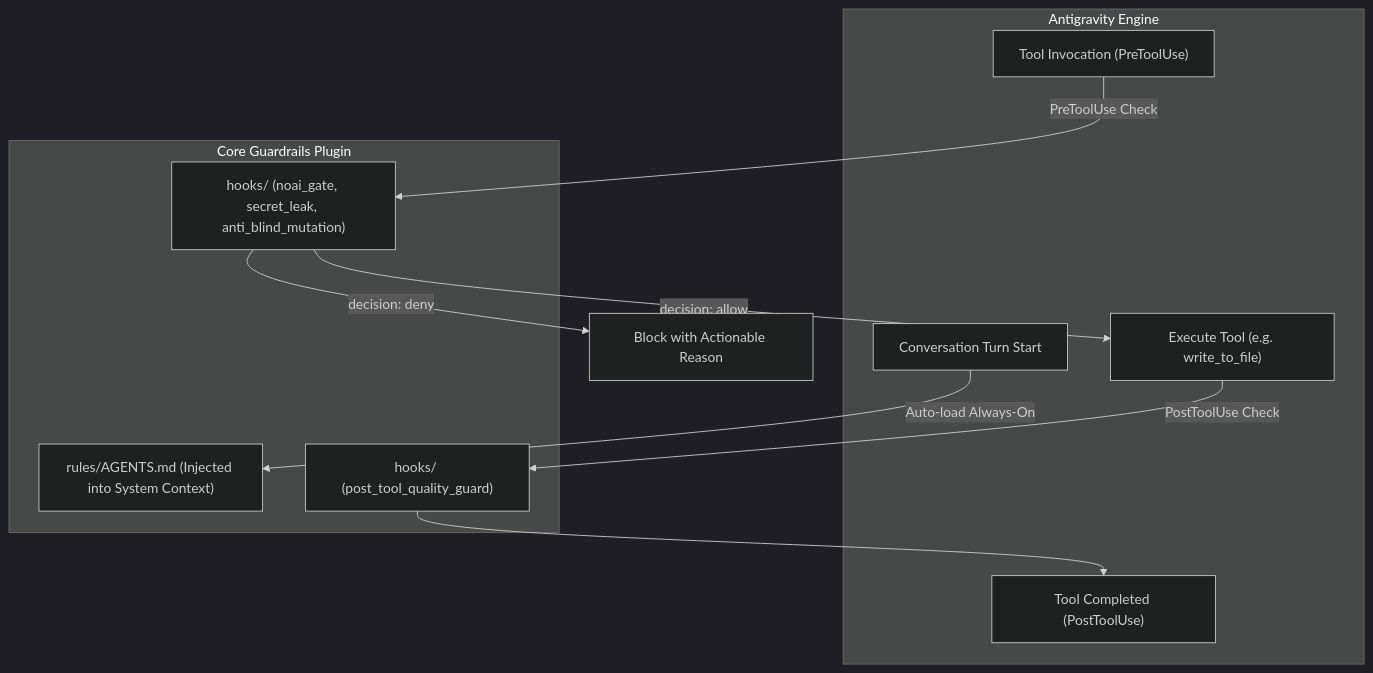
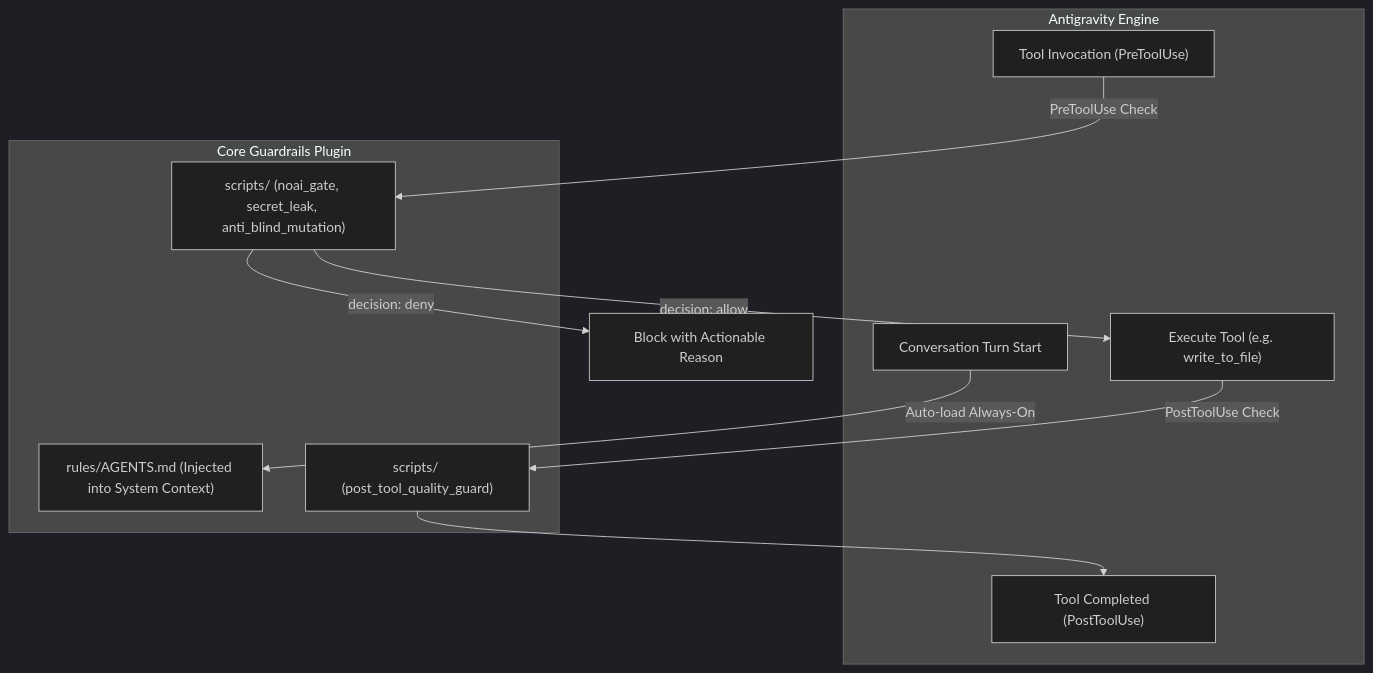
One commit to evolyob/cyberhardening-skills changed the diagram in examples/plugins/core-guardrails/README.md. Above: the diagram before and after it, drawn with Mermaid (dark theme). The commit also changed other lines of this file and 11 other files, not shown here.

````diff
--- a/examples/plugins/core-guardrails/README.md
+++ b/examples/plugins/core-guardrails/README.md
@@ -11,22 +11,22 @@
 ```mermaid
 graph TD
     subgraph Antigravity Engine
         TurnStart["Conversation Turn Start"]
         ToolCall["Tool Invocation (PreToolUse)"]
         ToolExec["Execute Tool (e.g. write_to_file)"]
         ToolDone["Tool Completed (PostToolUse)"]
     end
 
     subgraph Core Guardrails Plugin
         AgentsRule["rules/AGENTS.md (Injected into System Context)"]
-        PreHook["hooks/ (noai_gate, secret_leak, anti_blind_mutation)"]
-        PostHook["hooks/ (post_tool_quality_guard)"]
+        PreHook["scripts/ (noai_gate, secret_leak, anti_blind_mutation)"]
+        PostHook["scripts/ (post_tool_quality_guard)"]
     end
 
     TurnStart -->|Auto-load Always-On| AgentsRule
     ToolCall -->|PreToolUse Check| PreHook
     PreHook -->|decision: allow| ToolExec
     PreHook -->|decision: deny| Block["Block with Actionable Reason"]
     ToolExec -->|PostToolUse Check| PostHook
     PostHook --> ToolDone
 ```
````
